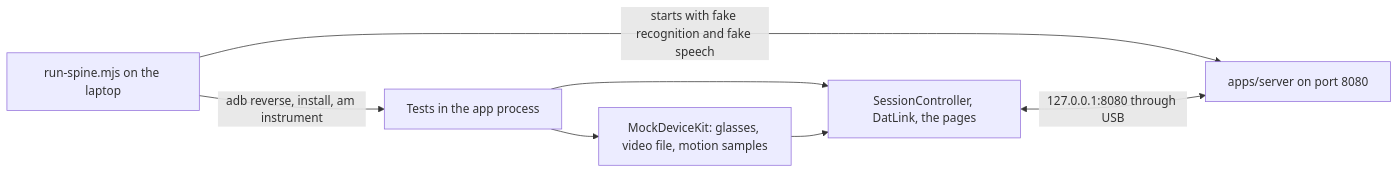
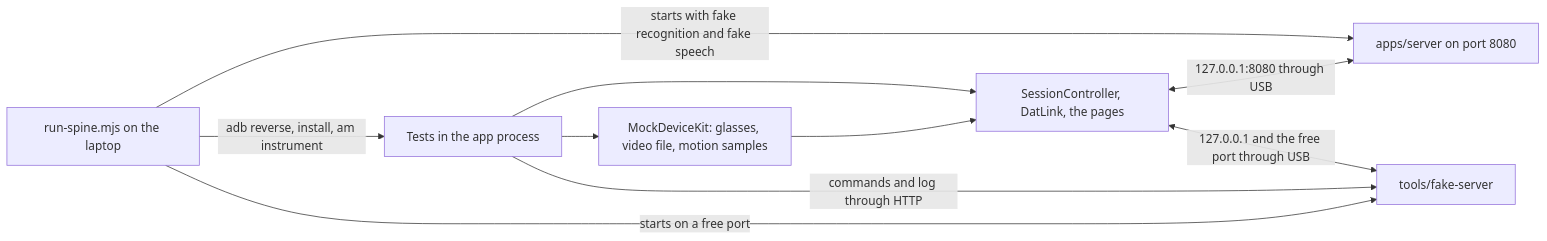
Before and after one commit to mrBymax/glance: the fifth of 5 diagrams in apps/mobile/android/README.md, drawn with Mermaid. The commit also changed other lines of this file and 2 other files, not shown here.

Commit message:
docs(android): describe the payment prompt, the still photo, and the tests with the fake server of the app

````diff
--- a/apps/mobile/android/README.md
+++ b/apps/mobile/android/README.md
@@ -330,9 +339,12 @@
 ```mermaid
 flowchart LR
     Runner[run-spine.mjs on the laptop] -->|starts with fake recognition and fake speech| Server[apps/server on port 8080]
     Runner -->|adb reverse, install, am instrument| Tests[Tests in the app process]
     Tests --> App[SessionController, DatLink, the pages]
+    Runner -->|starts on a free port| AppFake[tools/fake-server]
     Tests --> Kit[MockDeviceKit: glasses, video file, motion samples]
     Kit --> App
     App <-->|127.0.0.1:8080 through USB| Server
+    App <-->|127.0.0.1 and the free port through USB| AppFake
+    Tests -->|commands and log through HTTP| AppFake
 ```
````
